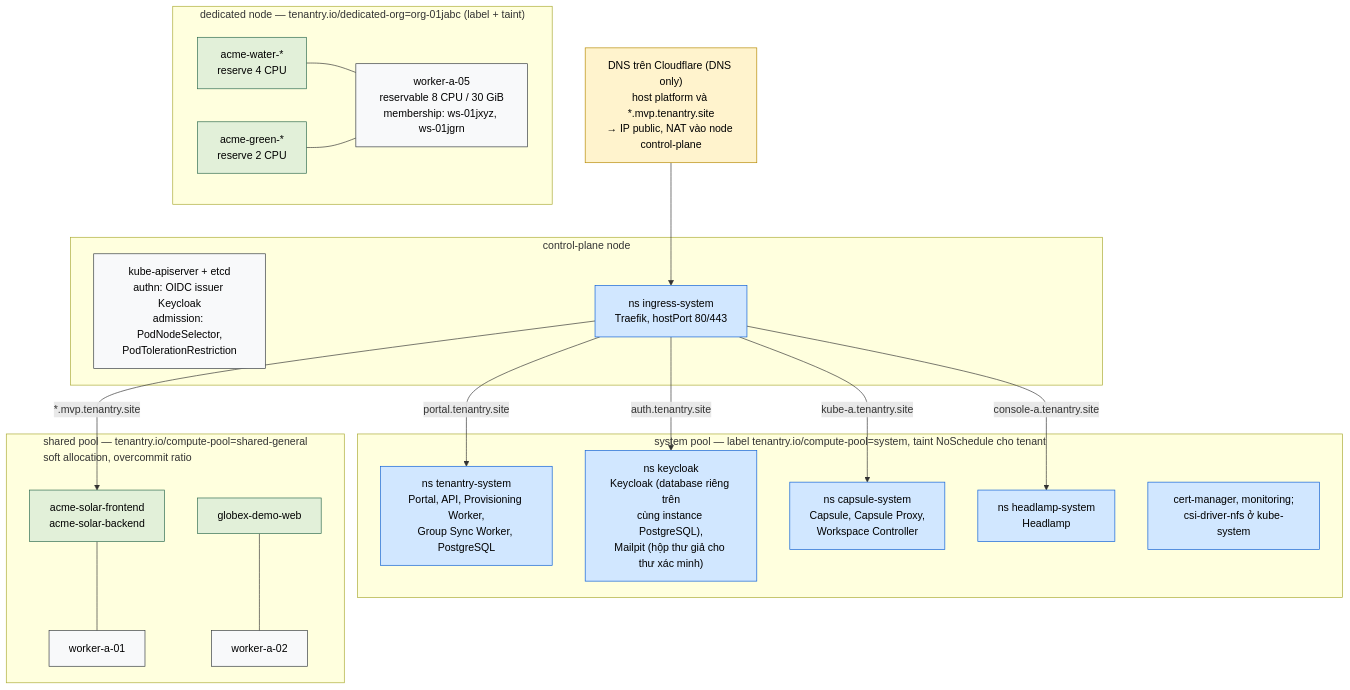
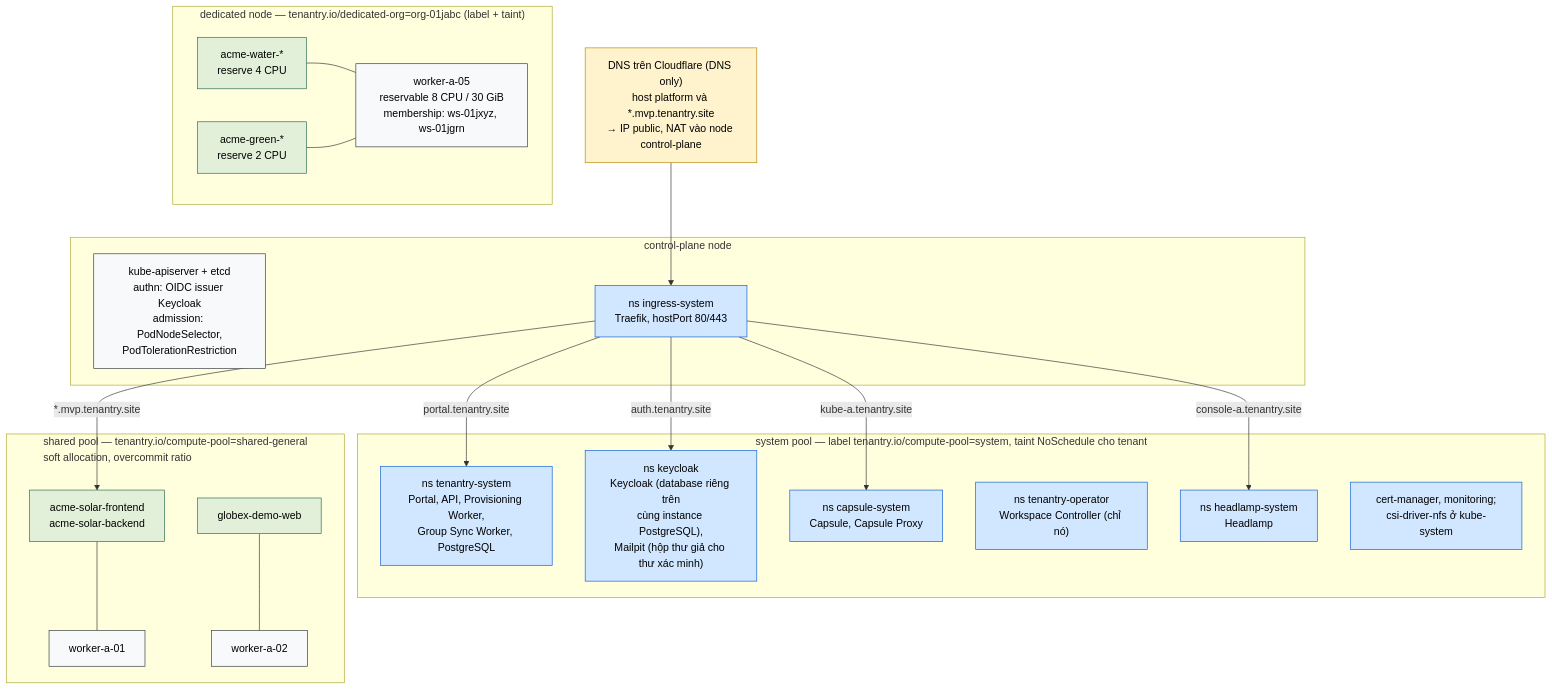
One commit to thaihoc1310/tenantry changed the third of 5 diagrams in docs/architecture/01-system-context.md. Above: the diagram before and after it, drawn with Mermaid. The commit also changed other lines of this file and 3 other files, not shown here.

Commit message:
docs(plan): operator in its own namespace with resourcequotas and the right Calico API groups, the lab does serve projectcalico.org v3, Capsule 0.15 deprecated Tenant fields and the M7 choice between resourceQuotas and rules quota, and a message on route status

````diff
--- a/docs/architecture/01-system-context.md
+++ b/docs/architecture/01-system-context.md
@@ -132,46 +132,47 @@
 ```mermaid
 flowchart TB
   classDef node fill:#f8f9fa,stroke:#343a40,color:#000
   classDef ns fill:#d1e7ff,stroke:#0b5ed7,color:#000
   classDef tenant fill:#e2f0d9,stroke:#2d6a4f,color:#000
   classDef dns fill:#fff3cd,stroke:#b58900,color:#000
 
   DNS["DNS trên Cloudflare (DNS only)<br/>host platform và *.mvp.tenantry.site<br/>→ IP public, NAT vào node control-plane"]:::dns
 
   subgraph CP["control-plane node"]
     APIS["kube-apiserver + etcd<br/>authn: OIDC issuer Keycloak<br/>admission: PodNodeSelector,<br/>PodTolerationRestriction"]:::node
     TR["ns ingress-system<br/>Traefik, hostPort 80/443"]:::ns
   end
 
   subgraph SYS["system pool — label tenantry.io/compute-pool=system, taint NoSchedule cho tenant"]
     NS1["ns tenantry-system<br/>Portal, API, Provisioning Worker,<br/>Group Sync Worker, PostgreSQL"]:::ns
     NS2["ns keycloak<br/>Keycloak (database riêng trên<br/>cùng instance PostgreSQL),<br/>Mailpit (hộp thư giả cho thư xác minh)"]:::ns
-    NS3["ns capsule-system<br/>Capsule, Capsule Proxy,<br/>Workspace Controller"]:::ns
+    NS3["ns capsule-system<br/>Capsule, Capsule Proxy"]:::ns
+    NS6["ns tenantry-operator<br/>Workspace Controller (chỉ nó)"]:::ns
     NS4["ns headlamp-system<br/>Headlamp"]:::ns
     NS5["cert-manager, monitoring;<br/>csi-driver-nfs ở kube-system"]:::ns
   end
 
   subgraph SHARED["shared pool — tenantry.io/compute-pool=shared-general<br/>soft allocation, overcommit ratio"]
     S1["worker-a-01"]:::node
     S2["worker-a-02"]:::node
     T1["acme-solar-frontend<br/>acme-solar-backend"]:::tenant
     T2["globex-demo-web"]:::tenant
   end
 
   subgraph DED["dedicated node — tenantry.io/dedicated-org=org-01jabc (label + taint)"]
     D1["worker-a-05<br/>reservable 8 CPU / 30 GiB<br/>membership: ws-01jxyz, ws-01jgrn"]:::node
     T3["acme-water-*<br/>reserve 4 CPU"]:::tenant
     T4["acme-green-*<br/>reserve 2 CPU"]:::tenant
   end
 
   DNS --> TR
   TR -->|"portal.tenantry.site"| NS1
   TR -->|"auth.tenantry.site"| NS2
   TR -->|"kube-a.tenantry.site"| NS3
   TR -->|"console-a.tenantry.site"| NS4
   TR -->|"*.mvp.tenantry.site"| T1
   T1 --- S1
   T2 --- S2
   T3 --- D1
   T4 --- D1
 ```
````
